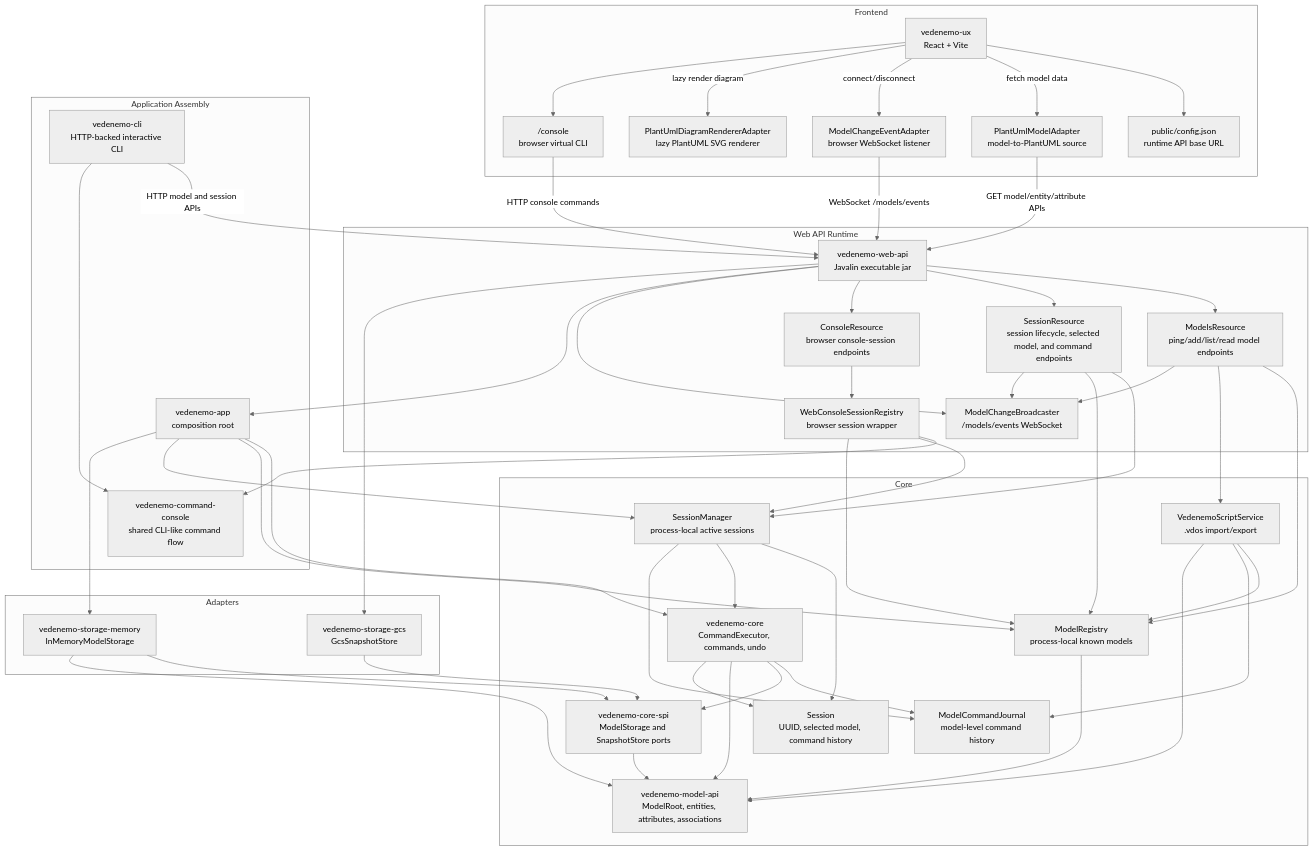
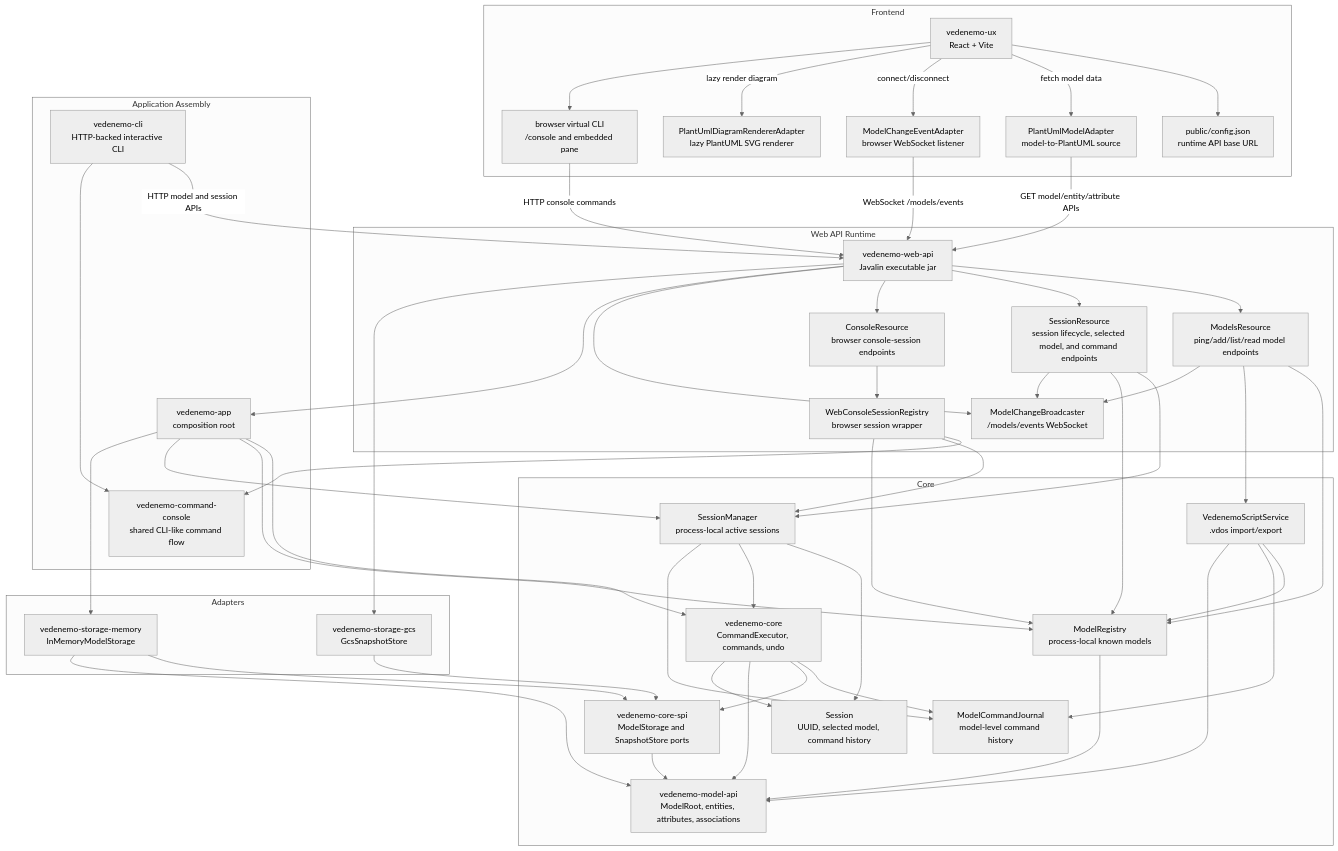
The first of 8 diagrams in docs/architecture_doc.md (VedenemoDev/VedenemoMonorepo), drawn with Mermaid (neutral theme) before and after one commit. The commit also changed other lines of this file and 4 other files, not shown here.

First line of the commit message:
Add embedded browser console pane

```diff
--- a/docs/architecture_doc.md
+++ b/docs/architecture_doc.md
@@ -20,7 +20,7 @@
     UXModelEvents["ModelChangeEventAdapter<br/>browser WebSocket listener"]
     UXPlantUml["PlantUmlModelAdapter<br/>model-to-PlantUML source"]
     UXPlantUmlRenderer["PlantUmlDiagramRendererAdapter<br/>lazy PlantUML SVG renderer"]
-    UXConsole["/console<br/>browser virtual CLI"]
+    UXConsole["browser virtual CLI<br/>/console and embedded pane"]
 end
 
 subgraph Web["Web API Runtime"]
```
